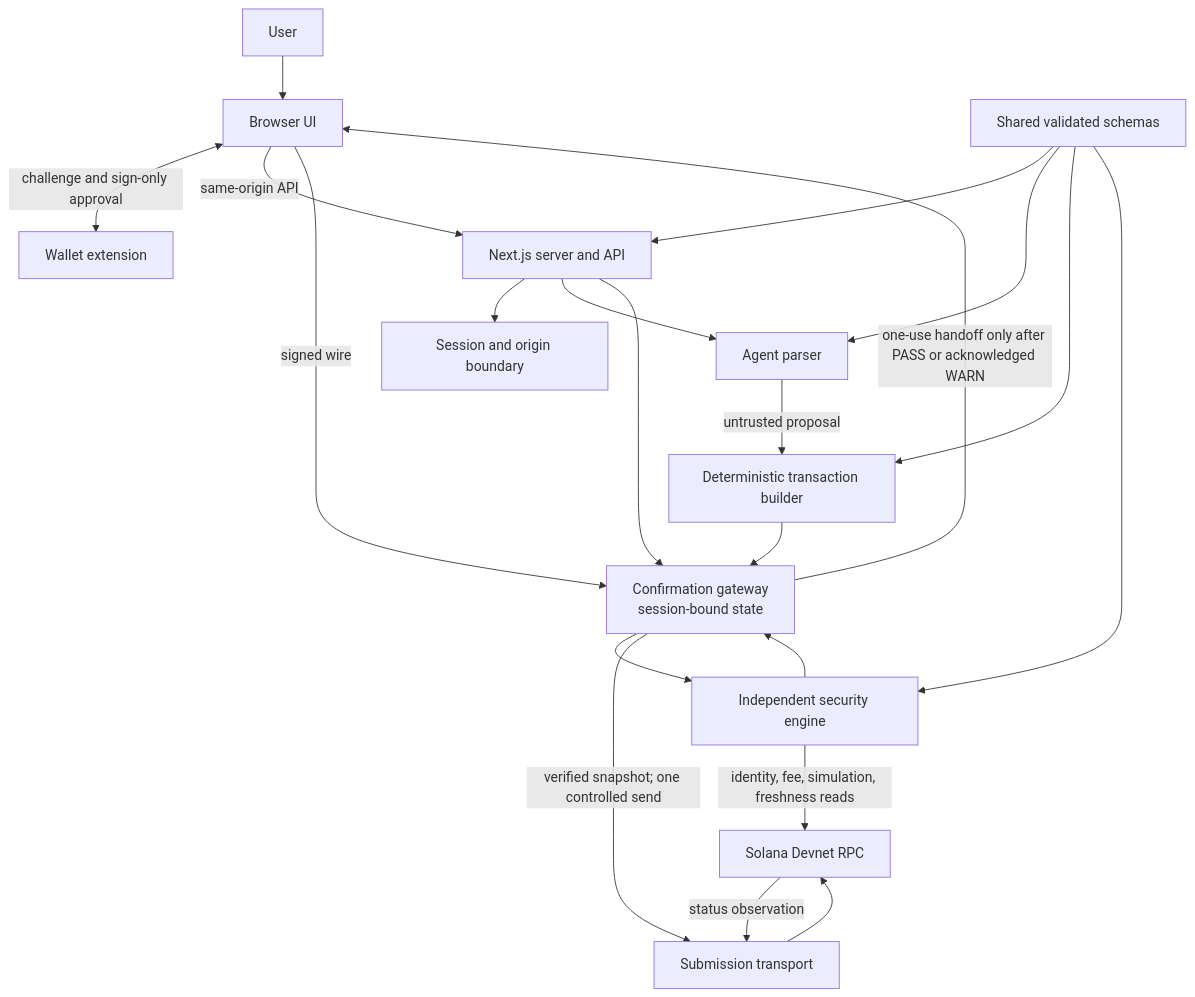
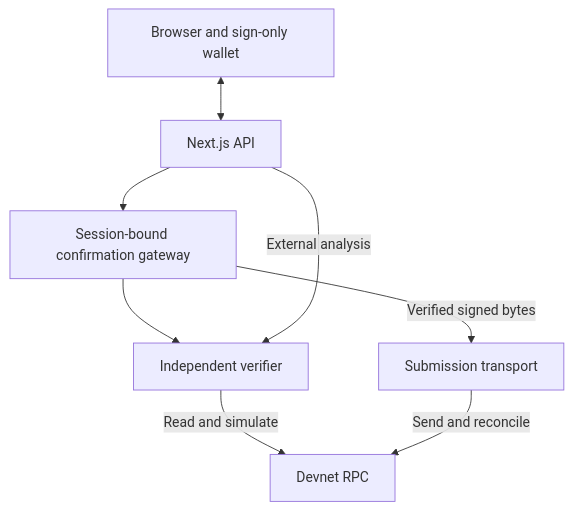
The third of 3 diagrams in README.md (layhadarries/Dev3Proj), drawn with Mermaid before and after one commit. The commit also changed other lines of this file and 5 other files, not shown here.

````diff
--- a/README.md
+++ b/README.md
@@ -166,23 +124,10 @@
 ```mermaid
-flowchart TB
-    U[User] --> UI[Browser UI]
-    UI <-->|challenge and sign-only approval| W[Wallet extension]
-    UI -->|same-origin API| API[Next.js server and API]
-    API --> AUTH[Session and origin boundary]
-    API --> AG[Agent parser]
-    AG -->|untrusted proposal| BUILDER[Deterministic transaction builder]
-    API --> GW[Confirmation gateway<br/>session-bound state]
-    BUILDER --> GW
-    GW --> ENGINE[Independent security engine]
-    SH[Shared validated schemas] --> API
-    SH --> AG
-    SH --> BUILDER
-    SH --> ENGINE
-    ENGINE -->|identity, fee, simulation, freshness reads| RPC[Solana Devnet RPC]
-    ENGINE --> GW
-    GW -->|one-use handoff only after PASS or acknowledged WARN| UI
-    UI -->|signed wire| GW
-    GW -->|verified snapshot; one controlled send| SUB[Submission transport]
-    SUB --> RPC
-    RPC -->|status observation| SUB
+flowchart TD
+    UI[Browser and sign-only wallet] <--> API[Next.js API]
+    API --> G[Session-bound confirmation gateway]
+    G --> V[Independent verifier]
+    API -->|External analysis| V
+    V -->|Read and simulate| RPC[Devnet RPC]
+    G -->|Verified signed bytes| S[Submission transport]
+    S -->|Send and reconcile| RPC
 ```
````
